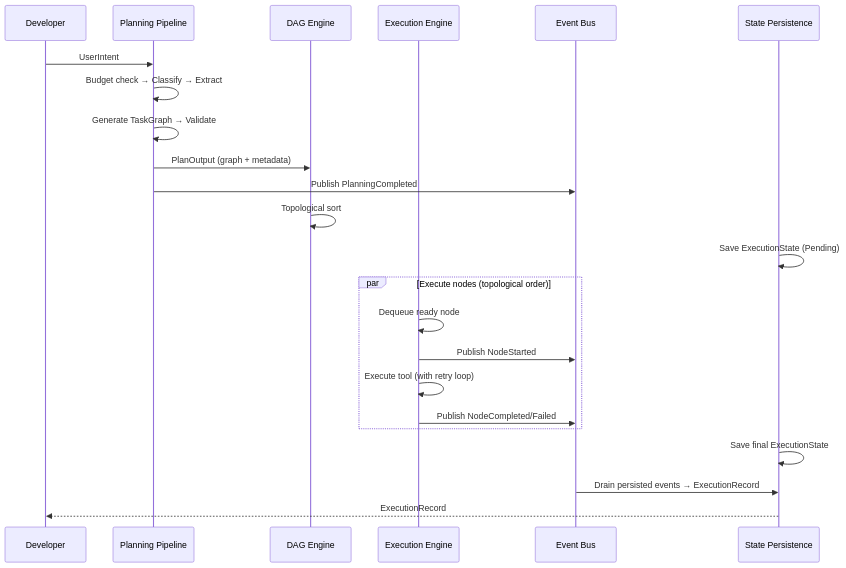
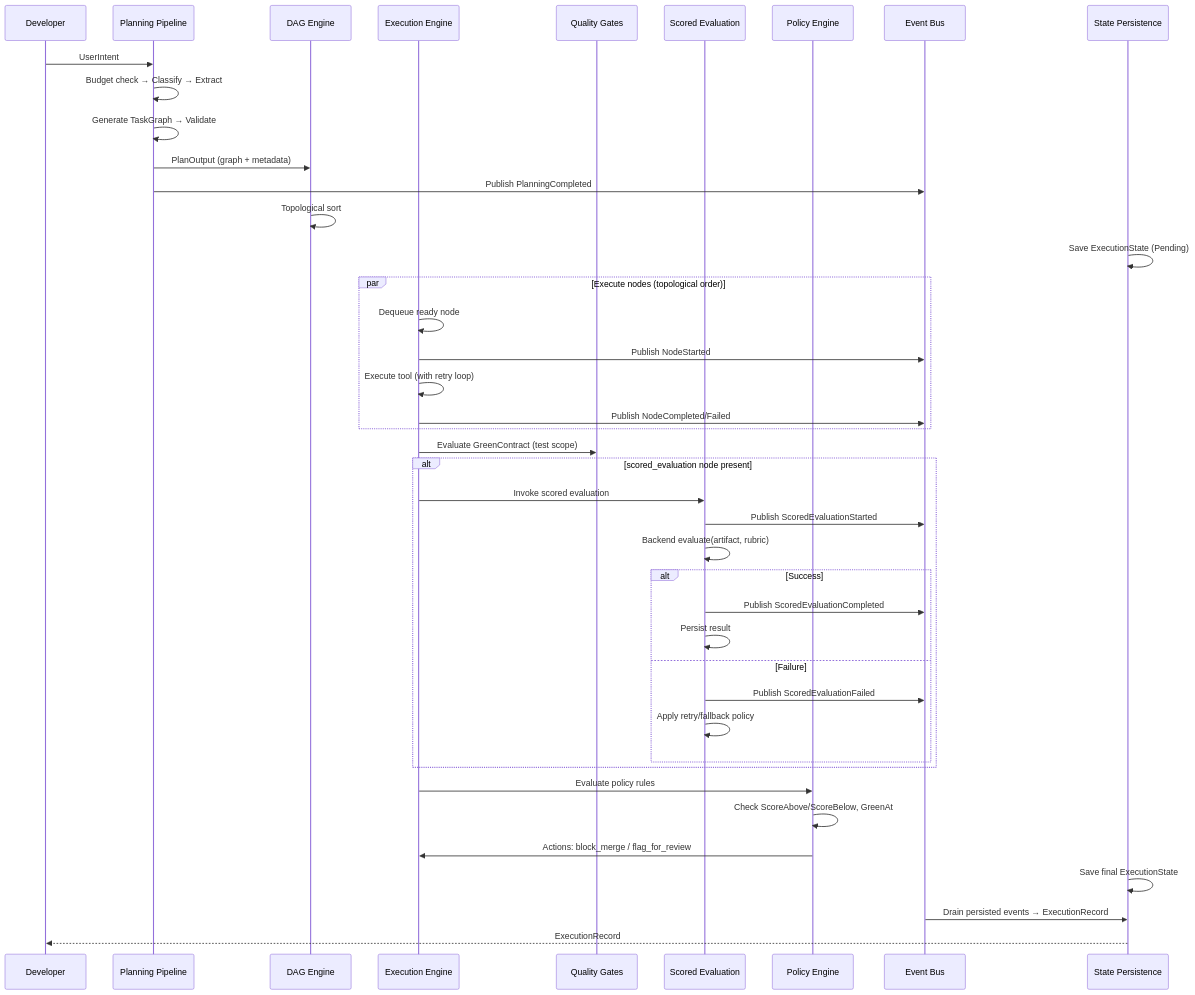
One commit to arman-jalili/rigorix-oss changed the second of 2 diagrams in engine/.pi/architecture/diagrams/system-context.md. Above: the diagram before and after it, drawn with Mermaid. The commit also changed other lines of this file and 4 other files, not shown here.

````diff
--- a/engine/.pi/architecture/diagrams/system-context.md
+++ b/engine/.pi/architecture/diagrams/system-context.md
@@ -96,26 +136,49 @@
 ```mermaid
 sequenceDiagram
     participant User as Developer
     participant PP as Planning Pipeline
     participant DAG as DAG Engine
     participant EE as Execution Engine
+    participant QG as Quality Gates
+    participant SE as Scored Evaluation
+    participant POL as Policy Engine
     participant EV as Event Bus
     participant SP as State Persistence
 
     User->>PP: UserIntent
     PP->>PP: Budget check → Classify → Extract
     PP->>PP: Generate TaskGraph → Validate
     PP->>DAG: PlanOutput (graph + metadata)
     PP->>EV: Publish PlanningCompleted
     DAG->>DAG: Topological sort
     SP->>SP: Save ExecutionState (Pending)
+
     par Execute nodes (topological order)
         EE->>EE: Dequeue ready node
         EE->>EV: Publish NodeStarted
         EE->>EE: Execute tool (with retry loop)
         EE->>EV: Publish NodeCompleted/Failed
     end
+
+    EE->>QG: Evaluate GreenContract (test scope)
+    alt scored_evaluation node present
+        EE->>SE: Invoke scored evaluation
+        SE->>EV: Publish ScoredEvaluationStarted
+        SE->>SE: Backend evaluate(artifact, rubric)
+        alt Success
+            SE->>EV: Publish ScoredEvaluationCompleted
+            SE->>SE: Persist result
+        else Failure
+            SE->>EV: Publish ScoredEvaluationFailed
+            SE->>SE: Apply retry/fallback policy
+        end
+    end
+
+    EE->>POL: Evaluate policy rules
+    POL->>POL: Check ScoreAbove/ScoreBelow, GreenAt
+    POL->>EE: Actions: block_merge / flag_for_review
+
     SP->>SP: Save final ExecutionState
     EV->>SP: Drain persisted events → ExecutionRecord
     SP-->>User: ExecutionRecord
 ```
````
